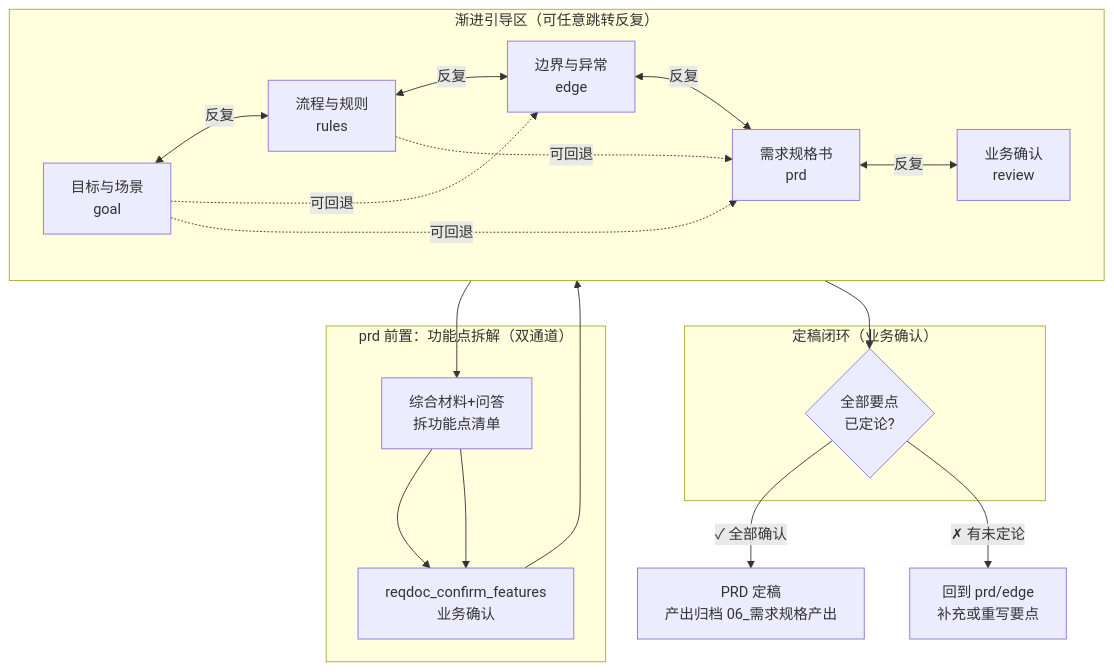
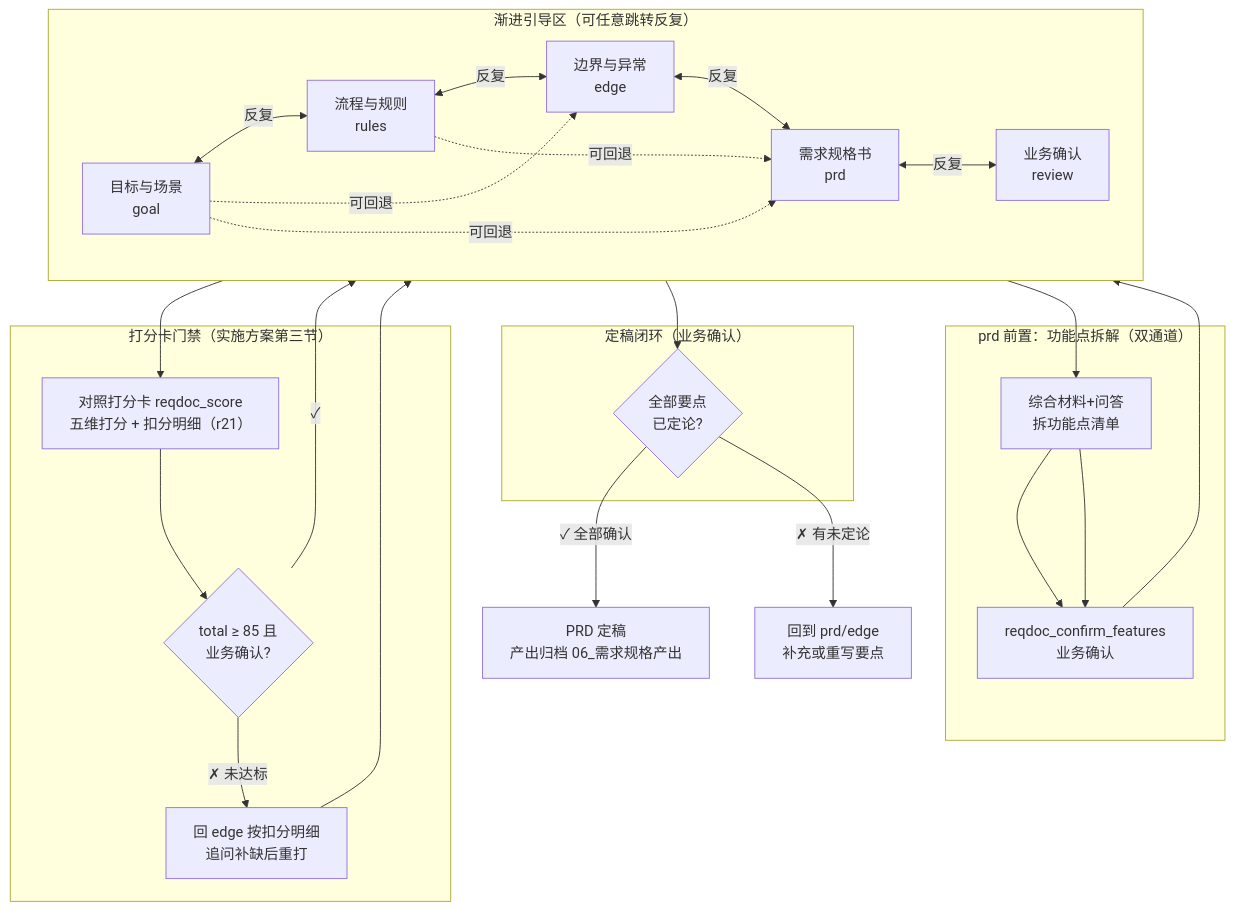
Before and after one commit to wonglaitung/opencode: the ninth of 16 diagrams in opencode-session-mgmt/docs/session-management.md, drawn with Mermaid. The commit also changed other lines of this file and 22 other files, not shown here.

````diff
--- a/opencode-session-mgmt/docs/session-management.md
+++ b/opencode-session-mgmt/docs/session-management.md
@@ -585,27 +587,35 @@
 ```mermaid
 graph TB
     subgraph IterationZone["渐进引导区（可任意跳转反复）"]
         direction LR
         G["目标与场景<br/>goal"] <-->|"反复"| R["流程与规则<br/>rules"]
         R <-->|"反复"| E["边界与异常<br/>edge"]
         E <-->|"反复"| P["需求规格书<br/>prd"]
         P <-->|"反复"| RV["业务确认<br/>review"]
         G -.->|"可回退"| E
         G -.->|"可回退"| P
         R -.->|"可回退"| P
     end
     subgraph FeatureZone["prd 前置：功能点拆解（双通道）"]
         F["综合材料+问答<br/>拆功能点清单"] --> FC["reqdoc_confirm_features<br/>业务确认"]
     end
 
+    subgraph ScoreGate["打分卡门禁（实施方案第三节）"]
+        SC["对照打分卡 reqdoc_score<br/>五维打分 + 扣分明细（r21）"] --> SG{"total ≥ 85 且<br/>业务确认?"}
+        SG -->|"✗ 未达标"| EBACK["回 edge 按扣分明细<br/>追问补缺后重打"]
+    end
+
     subgraph Close["定稿闭环（业务确认）"]
         C{"全部要点<br/>已定论?"}
     end
 
     IterationZone --> F
     F --> FC
     FC --> IterationZone
+    E --> SC
+    SG -->|"✓"| P
+    EBACK --> E
     IterationZone --> C
     C -->|"✓ 全部确认"| PRD["PRD 定稿<br/>产出归档 06_需求规格产出"]
     C -->|"✗ 有未定论"| BACK["回到 prd/edge<br/>补充或重写要点"]
 ```
````
